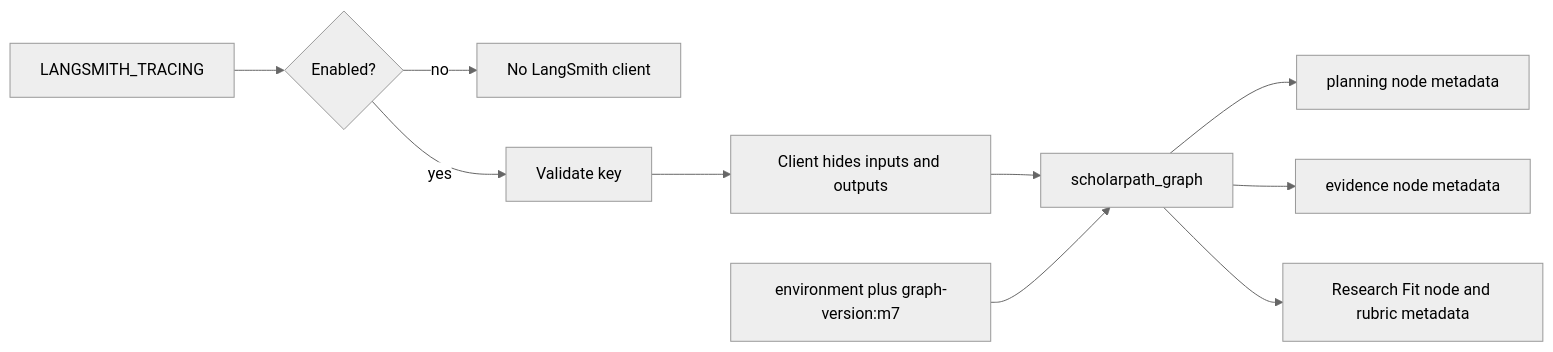
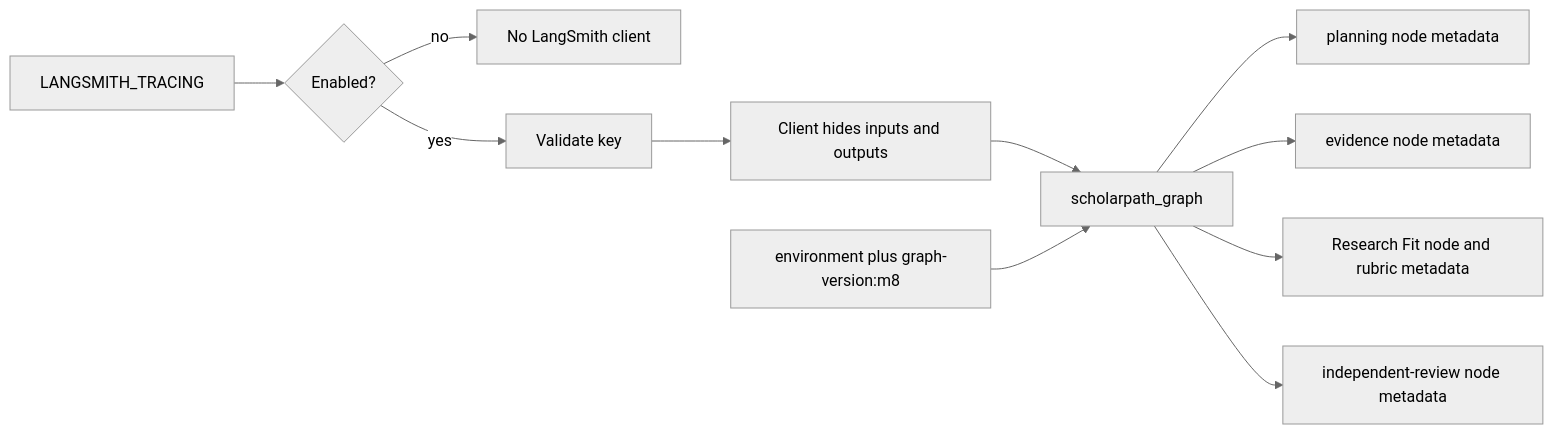
One commit to shanly-rajan/ai-builder changed diagram 14 of 16 in projects/scholar-path/docs/architecture.md. Above: the diagram before and after it, drawn with Mermaid (neutral theme). The commit also changed other lines of this file and 37 other files, not shown here.

Commit message:
feat: add Nebius independent Research Fit review

````diff
--- a/projects/scholar-path/docs/architecture.md
+++ b/projects/scholar-path/docs/architecture.md
@@ -457,12 +519,13 @@
 ```mermaid
 flowchart LR
     Env[LANGSMITH_TRACING] --> Enabled{Enabled?}
     Enabled -->|no| Off[No LangSmith client]
     Enabled -->|yes| Key[Validate key]
     Key --> Client[Client hides inputs and outputs]
     Client --> Root[scholarpath_graph]
     Root --> PlanTrace[planning node metadata]
     Root --> EvidenceTrace[evidence node metadata]
     Root --> FitTrace[Research Fit node and rubric metadata]
-    Tags[environment plus graph-version:m7] --> Root
+    Root --> ReviewTrace[independent-review node metadata]
+    Tags[environment plus graph-version:m8] --> Root
 ```
````
